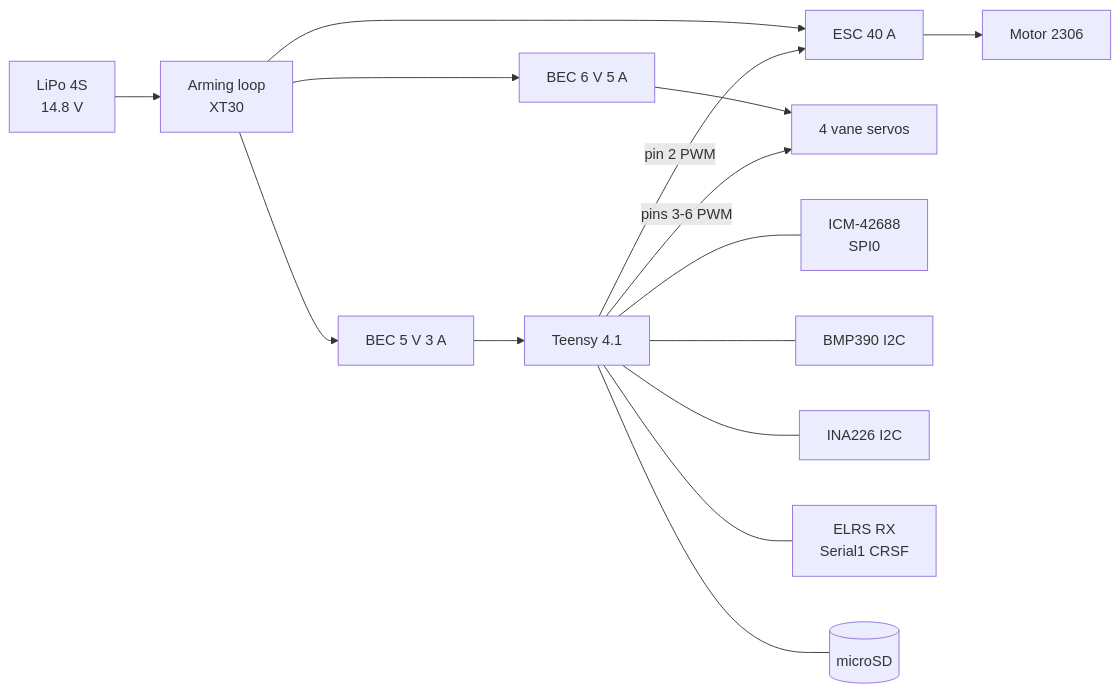
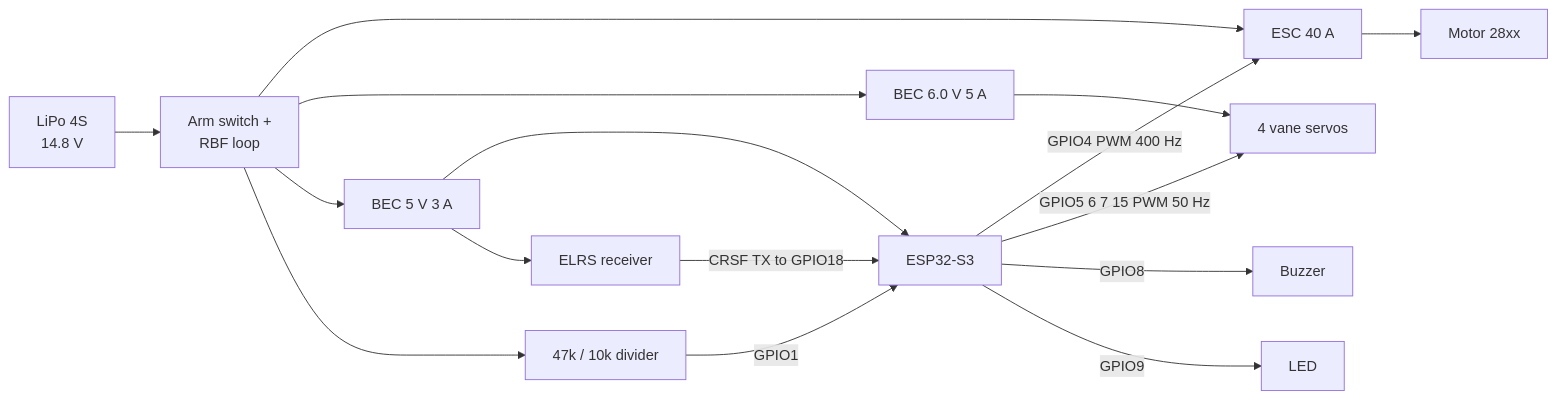
One commit to JeyaVardhan-L/Single-Thrust-Vector-Controlled-Rocket changed the diagram in docs/phase1-monocopter/04-wiring.md. Above: the diagram before and after it, drawn with Mermaid. The commit also changed other lines of this file and 64 other files, not shown here.

First line of the commit message:
feat: MC-1 monocopter redesigned for a 10 inch prop, ESP32-S3, no IMU; 12 printable part types

````diff
--- a/docs/phase1-monocopter/04-wiring.md
+++ b/docs/phase1-monocopter/04-wiring.md
@@ -5,13 +5,13 @@
 ```mermaid
 flowchart LR
-  BAT[LiPo 4S<br/>14.8 V] --> ARM[Arming loop<br/>XT30] --> ESC[ESC 40 A] --> MOT[Motor 2306]
-  ARM --> B6[BEC 6 V 5 A] --> SERVOS[4 vane servos]
-  ARM --> B5[BEC 5 V 3 A] --> TEENSY[Teensy 4.1]
-  TEENSY -->|pin 2 PWM| ESC
-  TEENSY -->|pins 3-6 PWM| SERVOS
-  TEENSY --- IMU[ICM-42688<br/>SPI0]
-  TEENSY --- BARO[BMP390 I2C]
-  TEENSY --- INA[INA226 I2C]
-  TEENSY --- RX[ELRS RX<br/>Serial1 CRSF]
-  TEENSY --- SD[(microSD)]
+  BAT[LiPo 4S<br/>14.8 V] --> ARM[Arm switch +<br/>RBF loop] --> ESC[ESC 40 A] --> MOT[Motor 28xx]
+  ARM --> B6[BEC 6.0 V 5 A] --> SERVOS[4 vane servos]
+  ARM --> B5[BEC 5 V 3 A] --> ESP[ESP32-S3]
+  ARM --> DIV[47k / 10k divider] -->|GPIO1| ESP
+  B5 --> RX[ELRS receiver]
+  ESP -->|GPIO4 PWM 400 Hz| ESC
+  ESP -->|GPIO5 6 7 15 PWM 50 Hz| SERVOS
+  RX -->|CRSF TX to GPIO18| ESP
+  ESP -->|GPIO8| BUZ[Buzzer]
+  ESP -->|GPIO9| LED[LED]
 ```
````
